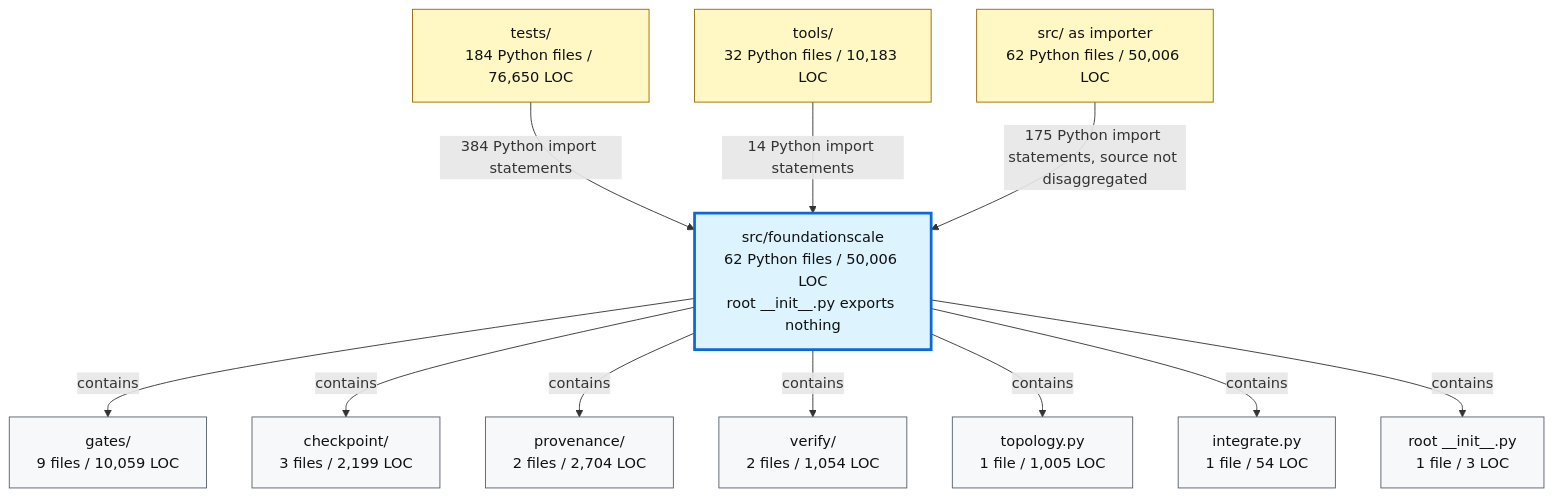
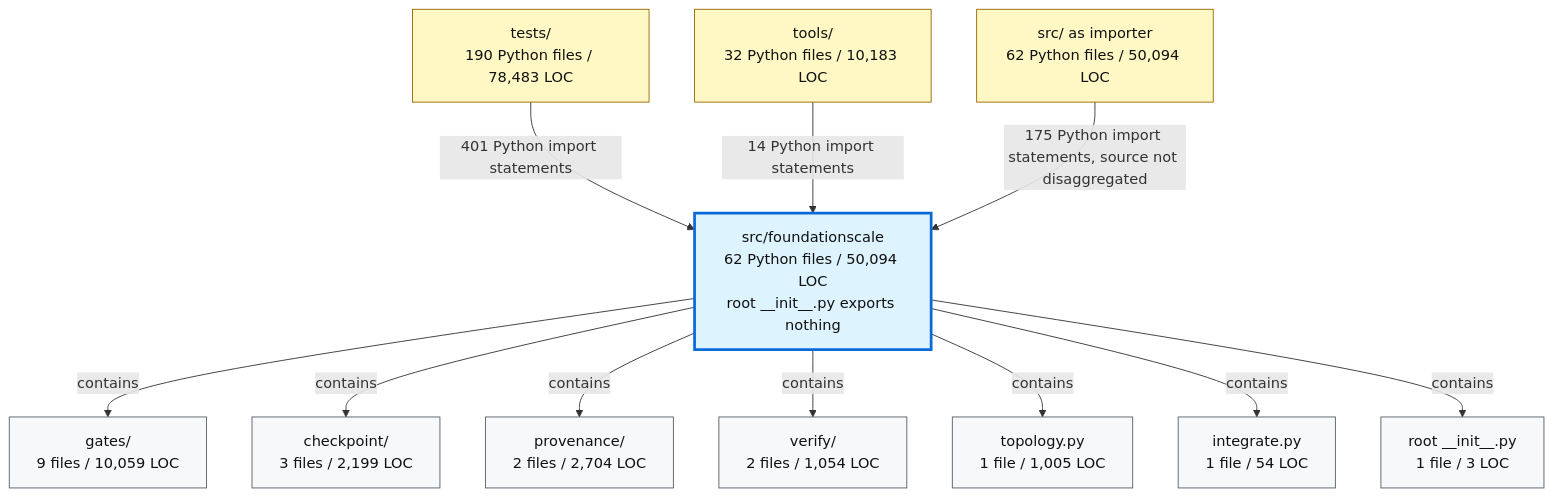
Before and after one commit to TranNhiem/FoundationScale: the second of 2 diagrams in docs/review/D2_current_architecture.md, drawn with Mermaid. The commit also changed other lines of this file and 10 other files, not shown here.

````diff
--- a/docs/review/D2_current_architecture.md
+++ b/docs/review/D2_current_architecture.md
@@ -97,36 +97,36 @@
 ```mermaid
 flowchart TB
-  TESTS["tests/<br/>184 Python files / 76,650 LOC"]
+  TESTS["tests/<br/>190 Python files / 78,483 LOC"]
   TOOLS["tools/<br/>32 Python files / 10,183 LOC"]
-  SRC["src/ as importer<br/>62 Python files / 50,006 LOC"]
+  SRC["src/ as importer<br/>62 Python files / 50,094 LOC"]
 
-  FS["src/foundationscale<br/>62 Python files / 50,006 LOC<br/>root __init__.py exports nothing"]
+  FS["src/foundationscale<br/>62 Python files / 50,094 LOC<br/>root __init__.py exports nothing"]
 
   GATES["gates/<br/>9 files / 10,059 LOC"]
   CKPT["checkpoint/<br/>3 files / 2,199 LOC"]
   PROV["provenance/<br/>2 files / 2,704 LOC"]
   VERIFY["verify/<br/>2 files / 1,054 LOC"]
   TOPO["topology.py<br/>1 file / 1,005 LOC"]
   INTEG["integrate.py<br/>1 file / 54 LOC"]
   ROOT["root __init__.py<br/>1 file / 3 LOC"]
 
-  TESTS -->|"384 Python import statements"| FS
+  TESTS -->|"401 Python import statements"| FS
   TOOLS -->|"14 Python import statements"| FS
   SRC -->|"175 Python import statements, source not disaggregated"| FS
 
   FS -->|"contains"| GATES
   FS -->|"contains"| CKPT
   FS -->|"contains"| PROV
   FS -->|"contains"| VERIFY
   FS -->|"contains"| TOPO
   FS -->|"contains"| INTEG
   FS -->|"contains"| ROOT
 
   classDef consumer fill:#fff8c5,stroke:#9a6700,color:#111;
   classDef package fill:#ddf4ff,stroke:#0969da,stroke-width:3px,color:#111;
   classDef module fill:#f6f8fa,stroke:#57606a,color:#111;
 
   class TESTS,TOOLS,SRC consumer;
   class FS package;
   class GATES,CKPT,PROV,VERIFY,TOPO,INTEG,ROOT module;
 ```
````
